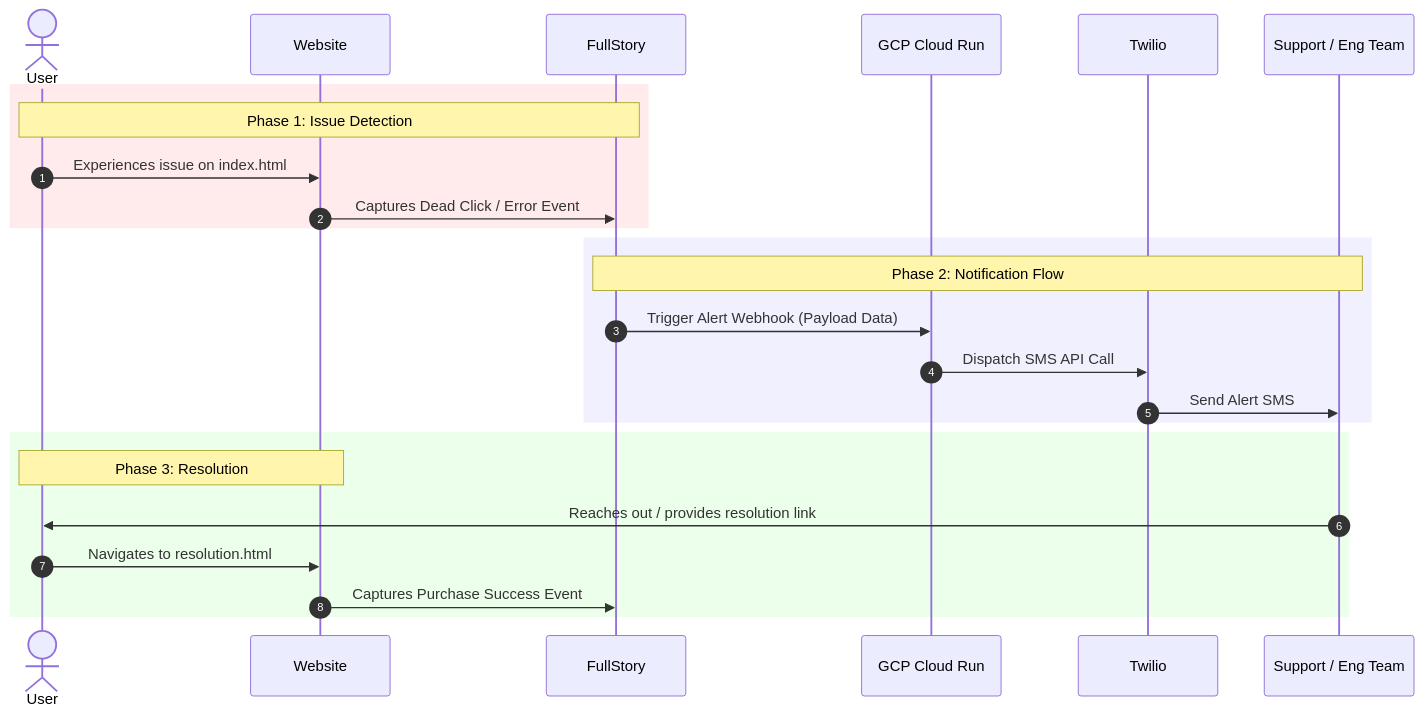
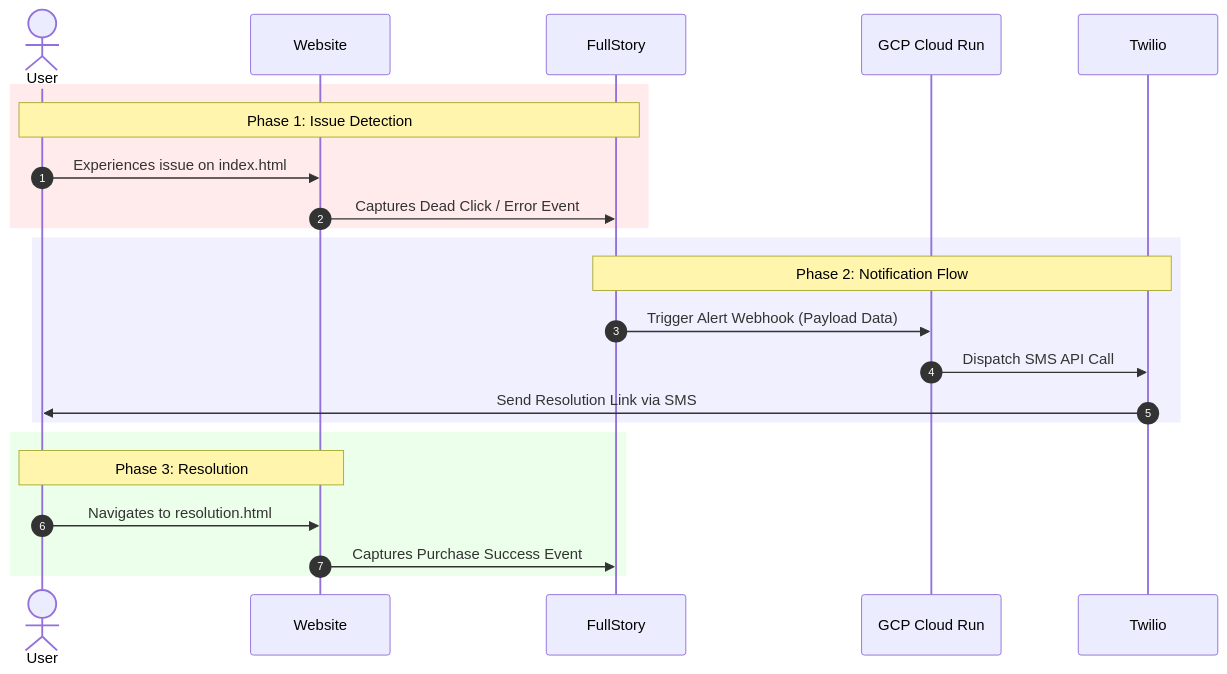
The diagram in README.md (Jorge-Cano/abandon-cart), drawn with Mermaid before and after one commit.

Commit message:
Update README.md
update

````diff
--- a/README.md
+++ b/README.md
@@ -4,33 +4,31 @@
 ```mermaid
 sequenceDiagram
     autonumber
     actor User
     participant Web as Website
     participant FS as FullStory
     participant CR as GCP Cloud Run
     participant TW as Twilio
-    participant Support as Support / Eng Team
 
     %% Step 1: Error Capture
     rect rgb(255, 235, 235)
         Note over User, FS: Phase 1: Issue Detection
         User->>Web: Experiences issue on index.html
         Web->>FS: Captures Dead Click / Error Event
     end
 
     %% Step 2: Automation & Alert
     rect rgb(240, 240, 255)
-        Note over FS, Support: Phase 2: Notification Flow
+        Note over FS, TW: Phase 2: Notification Flow
         FS->>CR: Trigger Alert Webhook (Payload Data)
         CR->>TW: Dispatch SMS API Call
-        TW->>Support: Send Alert SMS
+        TW->>User: Send Resolution Link via SMS
     end
 
     %% Step 3: Resolution Flow
     rect rgb(235, 255, 235)
         Note over User, Web: Phase 3: Resolution
-        Support->>User: Reaches out / provides resolution link
         User->>Web: Navigates to resolution.html
         Web->>FS: Captures Purchase Success Event
     end
 ```
````
